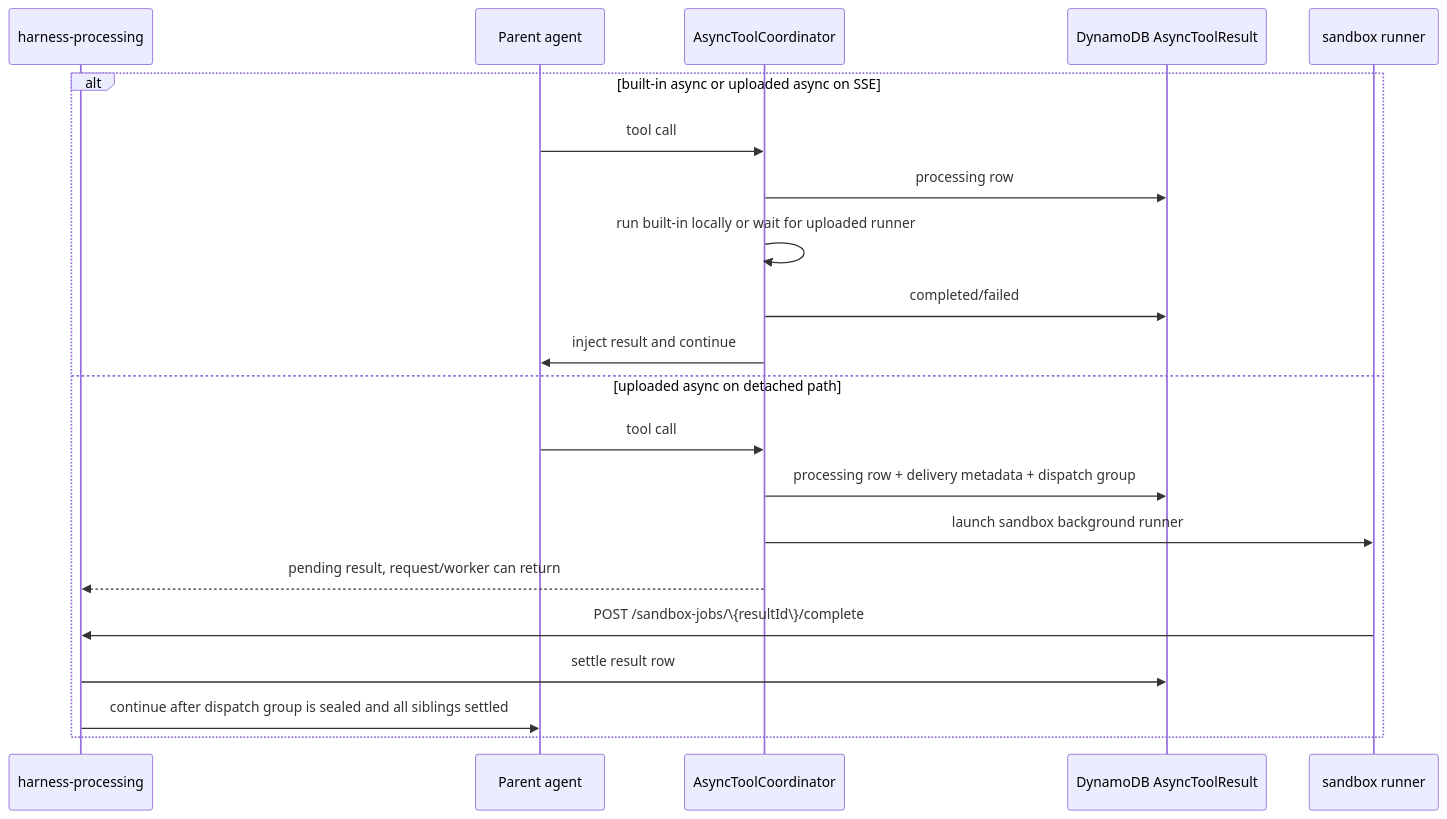
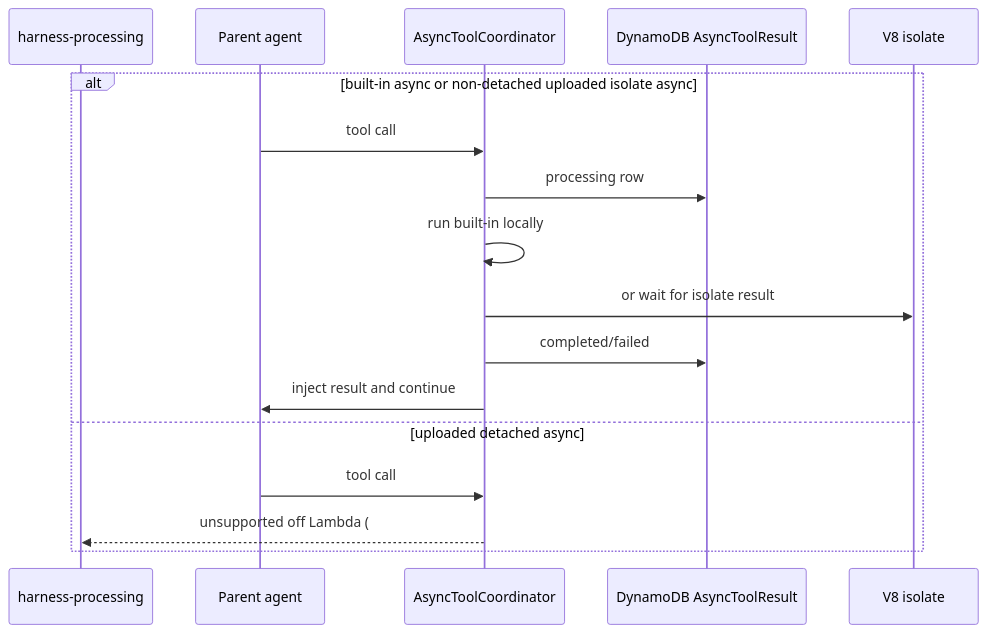
The third of 3 diagrams in apps/docs/docs/tools.md (beeblastco/broods), drawn with Mermaid before and after one commit. The commit also changed other lines of this file, not shown here.

First line of the commit message:
docs: custom tools run in the V8 isolate tier, not a sandbox worker

````diff
--- a/apps/docs/docs/tools.md
+++ b/apps/docs/docs/tools.md
@@ -117,24 +111,20 @@
 ```mermaid
 sequenceDiagram
   participant H as harness-processing
   participant P as Parent agent
   participant C as AsyncToolCoordinator
   participant D as DynamoDB AsyncToolResult
-  participant W as sandbox runner
+  participant I as V8 isolate
 
-  alt built-in async or uploaded async on SSE
+  alt built-in async or non-detached uploaded isolate async
     P->>C: tool call
     C->>D: processing row
-    C->>C: run built-in locally or wait for uploaded runner
+    C->>C: run built-in locally
+    C->>I: or wait for isolate result
     C->>D: completed/failed
     C->>P: inject result and continue
-  else uploaded async on detached path
+  else uploaded detached async
     P->>C: tool call
-    C->>D: processing row + delivery metadata + dispatch group
-    C->>W: launch sandbox background runner
-    C-->>H: pending result, request/worker can return
-    W->>H: POST /sandbox-jobs/\{resultId\}/complete
-    H->>D: settle result row
-    H->>P: continue after dispatch group is sealed and all siblings settled
+    C-->>H: unsupported off Lambda (#82)
   end
 ```
````
